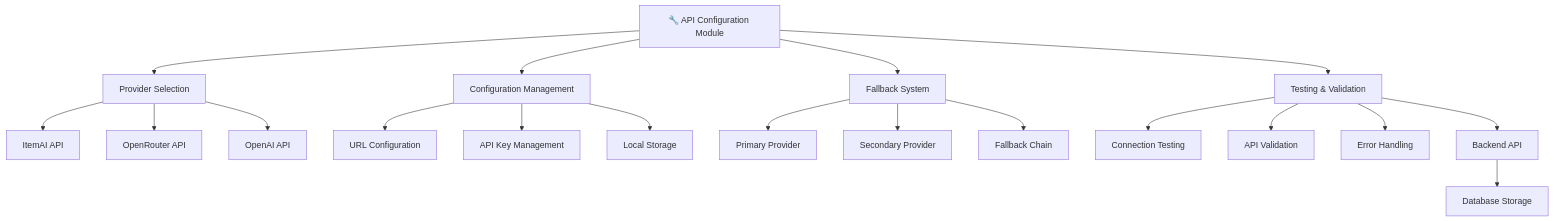
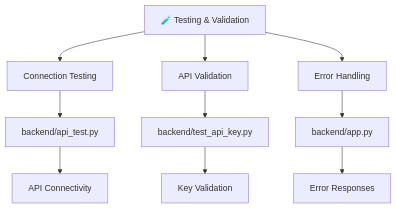
Before and after one commit to IgnacioTejeraPicossi/Workplace-Learning-With-AI: the seventh of 7 diagrams in README.md, drawn with Mermaid. The commit also changed other lines of this file, not shown here.

Commit message:
Modify Readme.md API Config graph

````diff
--- a/README.md
+++ b/README.md
@@ -373,32 +435,17 @@
 ```mermaid
 graph TB
-    %% Main Configuration Module
-    Config[🔧 API Configuration Module] --> Providers[Provider Selection]
-    Config --> Management[Configuration Management]
-    Config --> Fallback[Fallback System]
-    Config --> Testing[Testing & Validation]
-    
-    %% Provider Selection
-    Providers --> ItemAI[ItemAI API]
-    Providers --> OpenRouter[OpenRouter API]
-    Providers --> OpenAI[OpenAI API]
-    
-    %% Configuration Management
-    Management --> URLs[URL Configuration]
-    Management --> Keys[API Key Management]
-    Management --> Storage[Local Storage]
-    
-    %% Fallback System
-    Fallback --> Primary[Primary Provider]
-    Fallback --> Secondary[Secondary Provider]
-    Fallback --> Chain[Fallback Chain]
-    
-    %% Testing & Validation
-    Testing --> Connection[Connection Testing]
+    %% Testing & Validation Module
+    Testing[🧪 Testing & Validation] --> Connection[Connection Testing]
     Testing --> Validation[API Validation]
     Testing --> Errors[Error Handling]
     
-    %% Backend Integration
-    Testing --> Backend[Backend API]
-    Backend --> Database[Database Storage]
+    %% Implementation Files
+    Connection --> TestFile[backend/api_test.py]
+    Validation --> KeyFile[backend/test_api_key.py]
+    Errors --> AppFile[backend/app.py]
+    
+    %% Key Features
+    TestFile --> TestFeatures[API Connectivity]
+    KeyFile --> KeyFeatures[Key Validation]
+    AppFile --> AppFeatures[Error Responses]
 ```
````
